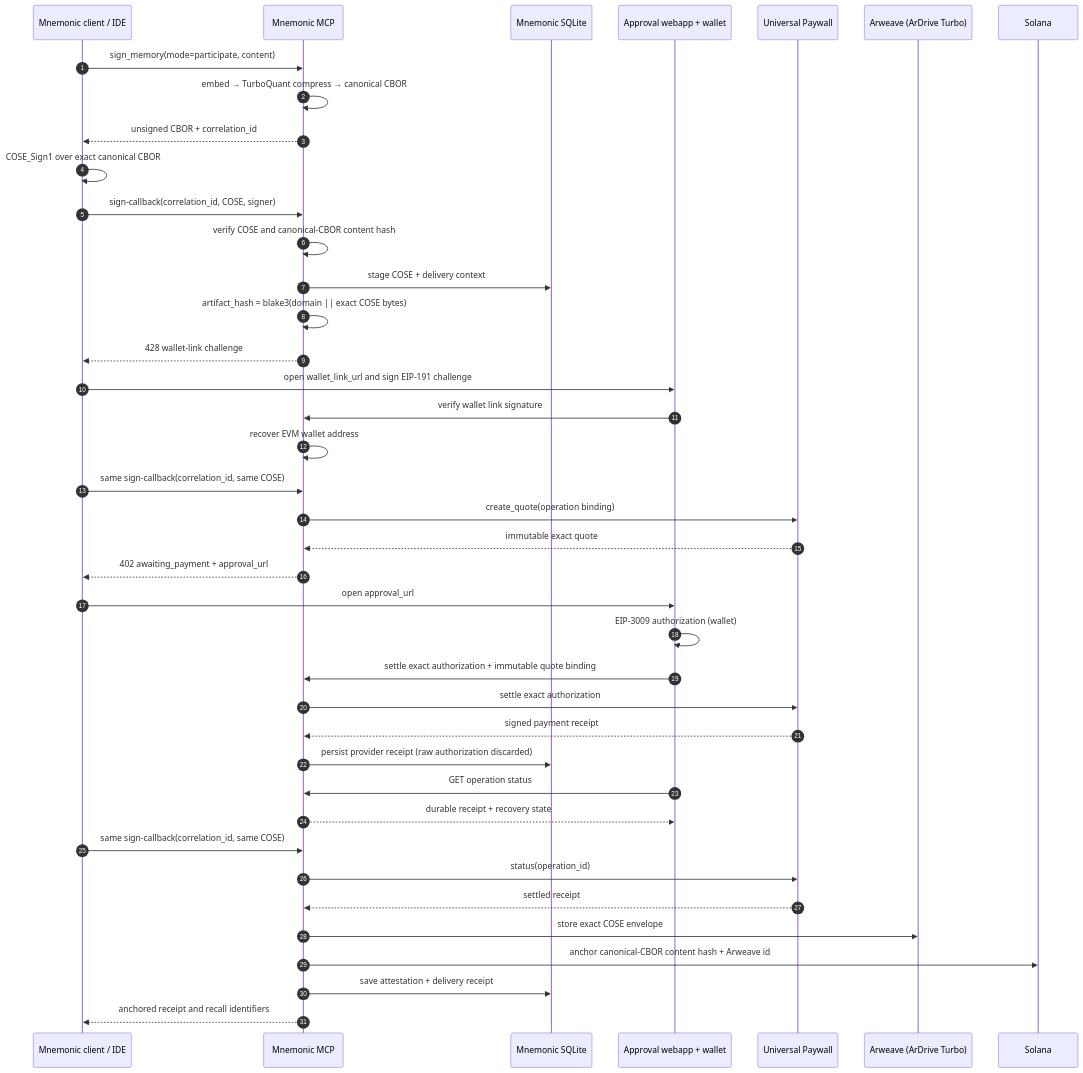
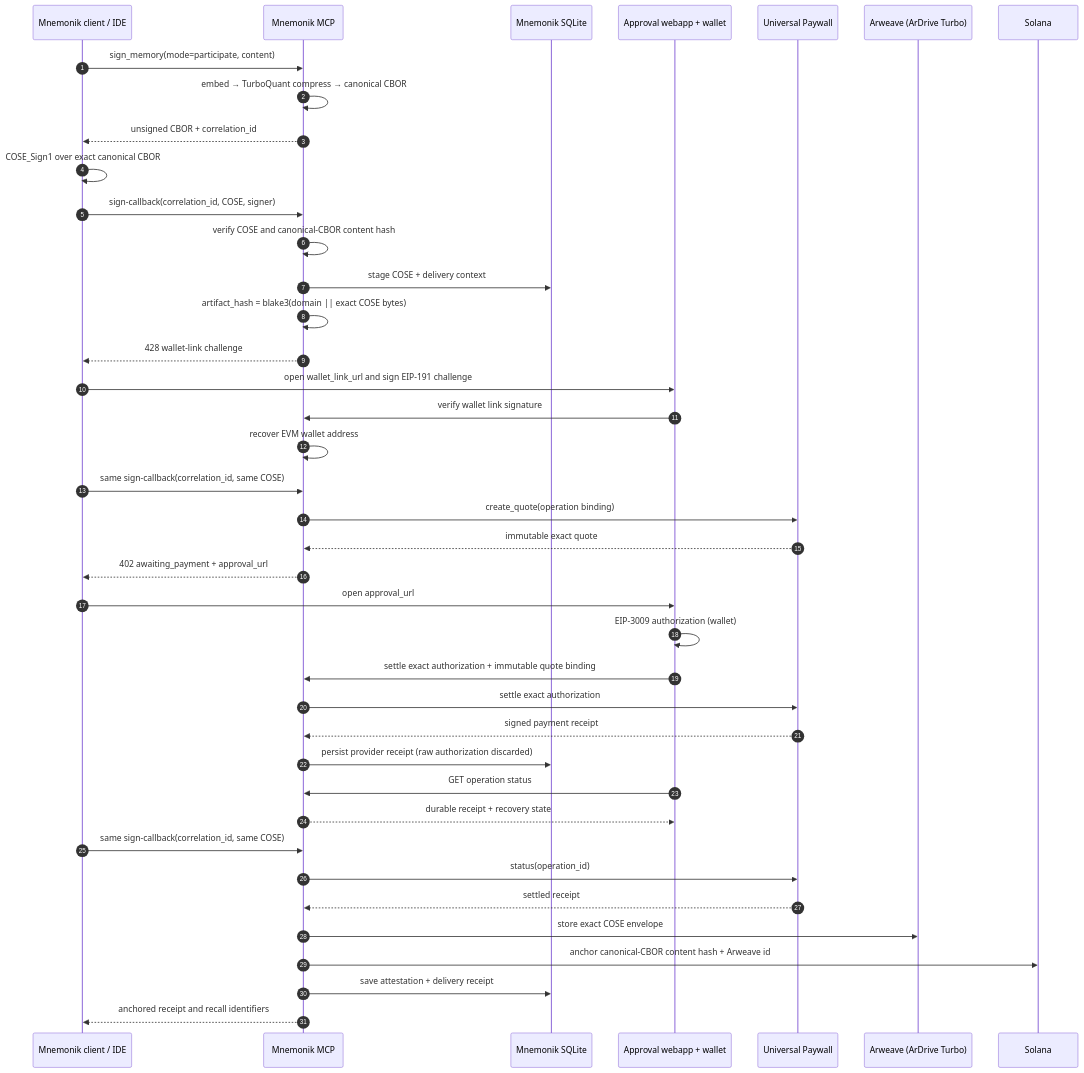
The first of 3 diagrams in work/universal-paywall-integration/flow.md (mnemonik-xyz/monorepo), drawn with Mermaid before and after one commit. The commit also changed other lines of this file and 317 other files, not shown here.

First line of the commit message:
docs: rename Mnemonic to Mnemonik in prose, UI strings and type names

````diff
--- a/work/universal-paywall-integration/flow.md
+++ b/work/universal-paywall-integration/flow.md
@@ -15,43 +15,43 @@
 ```mermaid
 sequenceDiagram
     autonumber
-    participant C as Mnemonic client / IDE
-    participant M as Mnemonic MCP
-    participant DB as Mnemonic SQLite
+    participant C as Mnemonik client / IDE
+    participant M as Mnemonik MCP
+    participant DB as Mnemonik SQLite
     participant W as Approval webapp + wallet
     participant UP as Universal Paywall
     participant A as Arweave (ArDrive Turbo)
     participant S as Solana
 
     C->>M: sign_memory(mode=participate, content)
     M->>M: embed → TurboQuant compress → canonical CBOR
     M-->>C: unsigned CBOR + correlation_id
     C->>C: COSE_Sign1 over exact canonical CBOR
     C->>M: sign-callback(correlation_id, COSE, signer)
     M->>M: verify COSE and canonical-CBOR content hash
     M->>DB: stage COSE + delivery context
     M->>M: artifact_hash = blake3(domain || exact COSE bytes)
     M-->>C: 428 wallet-link challenge
     C->>W: open wallet_link_url and sign EIP-191 challenge
     W->>M: verify wallet link signature
     M->>M: recover EVM wallet address
     C->>M: same sign-callback(correlation_id, same COSE)
     M->>UP: create_quote(operation binding)
     UP-->>M: immutable exact quote
     M-->>C: 402 awaiting_payment + approval_url
     C->>W: open approval_url
     W->>W: EIP-3009 authorization (wallet)
     W->>M: settle exact authorization + immutable quote binding
     M->>UP: settle exact authorization
     UP-->>M: signed payment receipt
     M->>DB: persist provider receipt (raw authorization discarded)
     W->>M: GET operation status
     M-->>W: durable receipt + recovery state
     C->>M: same sign-callback(correlation_id, same COSE)
     M->>UP: status(operation_id)
     UP-->>M: settled receipt
     M->>A: store exact COSE envelope
     M->>S: anchor canonical-CBOR content hash + Arweave id
     M->>DB: save attestation + delivery receipt
     M-->>C: anchored receipt and recall identifiers
 ```
````
